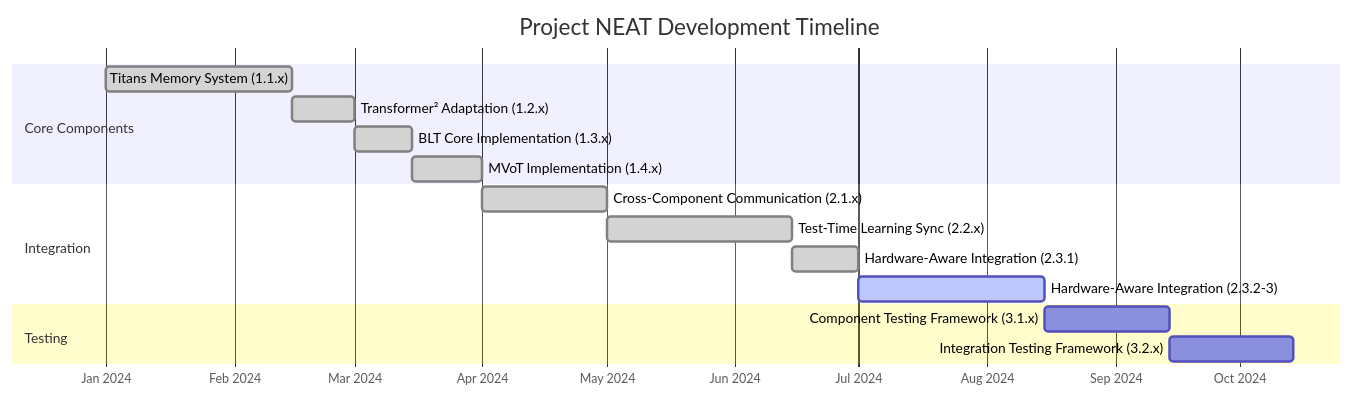
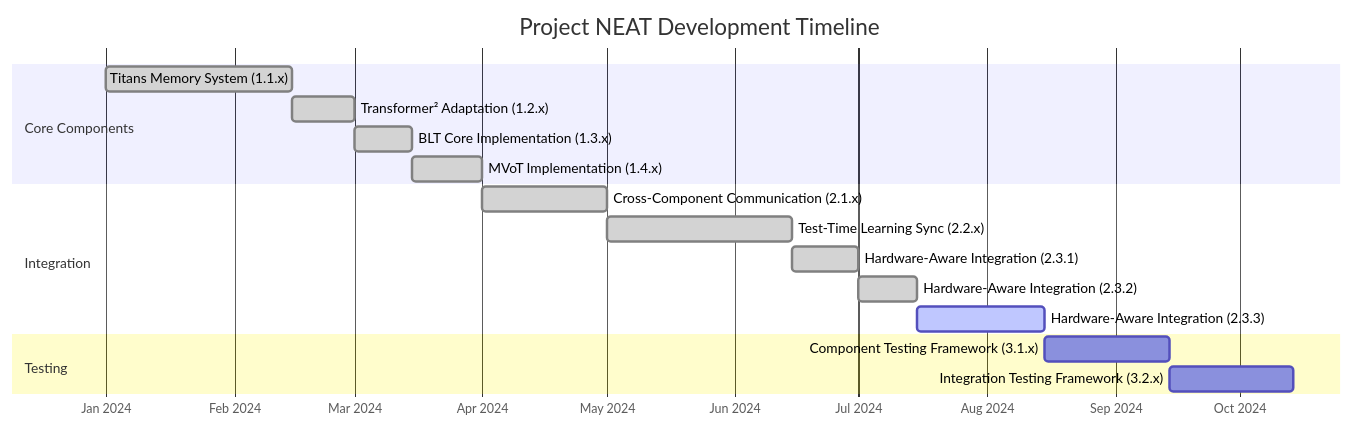
One commit to idlandes04/Project-NEAT changed the second of 4 diagrams in README.md. Above: the diagram before and after it, drawn with Mermaid. The commit also changed other lines of this file and 13 other files, not shown here.

````diff
--- a/README.md
+++ b/README.md
@@ -80,22 +80,23 @@
 ```mermaid
 gantt
     title Project NEAT Development Timeline
     dateFormat  YYYY-MM-DD
     axisFormat %b %Y
     
     section Core Components
     Titans Memory System (1.1.x)       :done, titans, 2024-01-01, 2024-02-15
     Transformer² Adaptation (1.2.x)    :done, transformer2, 2024-02-15, 2024-03-01
     BLT Core Implementation (1.3.x)    :done, blt, 2024-03-01, 2024-03-15
     MVoT Implementation (1.4.x)        :done, mvot, 2024-03-15, 2024-04-01
     
     section Integration
     Cross-Component Communication (2.1.x) :done, comms, 2024-04-01, 2024-05-01
     Test-Time Learning Sync (2.2.x)       :done, ttl, 2024-05-01, 2024-06-15
     Hardware-Aware Integration (2.3.1)    :done, hwint1, 2024-06-15, 2024-07-01
-    Hardware-Aware Integration (2.3.2-3)  :active, hwint23, 2024-07-01, 2024-08-15
+    Hardware-Aware Integration (2.3.2)    :done, hwint2, 2024-07-01, 2024-07-15
+    Hardware-Aware Integration (2.3.3)    :active, hwint3, 2024-07-15, 2024-08-15
     
     section Testing
-    Component Testing Framework (3.1.x)    :ctest, after hwint23, 30d
+    Component Testing Framework (3.1.x)    :ctest, after hwint3, 30d
     Integration Testing Framework (3.2.x)  :itest, after ctest, 30d
 ```
````
